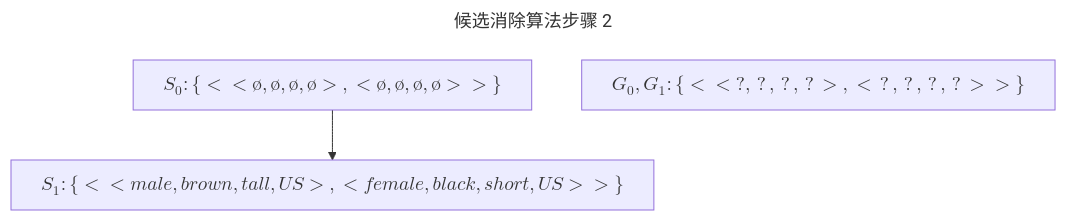
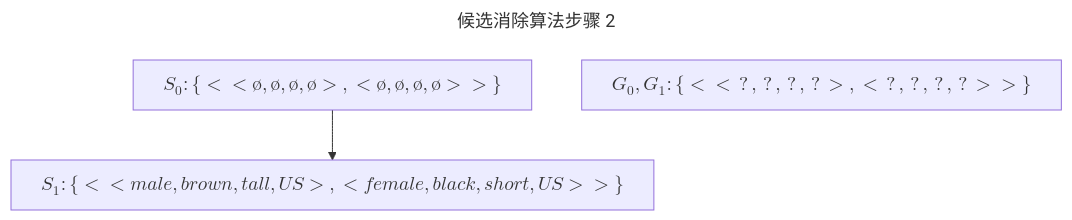
Before and after one commit to Jeff-Tian/ml: the second of 5 diagrams in src/posts/第二章 概念学习和一般到特殊序/2.5.md, drawn with Mermaid. The commit also changed other lines of this file, not shown here.

`````diff
--- a/src/posts/第二章 概念学习和一般到特殊序/2.5.md
+++ b/src/posts/第二章 概念学习和一般到特殊序/2.5.md
@@ -59,9 +59,9 @@
     ```mermaid
     ---
     title: 候选消除算法步骤 2
     ---
     graph TD
         s0[$$S_0: \lbrace \lt \lt ø, ø, ø, ø \gt, \lt ø, ø, ø, ø\gt \gt \rbrace $$]-->
         s1[$$S_1: \lbrace \lt \lt male,brown,tall,US\gt, \lt female,black,short,US\gt \gt \rbrace$$]
-        g0[$$G_0, G_1: \lbrace \lt \lt \text ?, ?, ?, ?\gt , \lt ?, ?, ?, ? \gt \gt \rbrace $$]
-    ````
+        g0[$$G_0, G_1: \lbrace \lt \lt ?, ?, ?, ?\gt , \lt ?, ?, ?, ? \gt \gt \rbrace $$]
+    ```
`````
